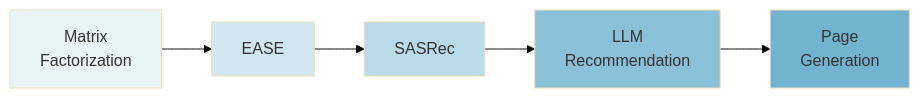
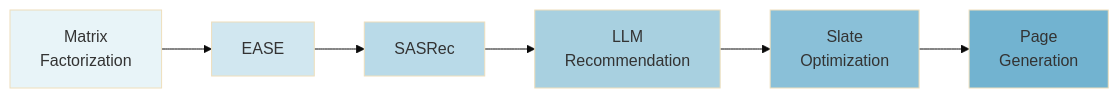
The second of 2 diagrams in slides/06_generative_pages.qmd (jankislinger/recsys-genai), drawn with Mermaid (base theme) before and after one commit. The commit also changed other lines of this file and 9 other files, not shown here.

````diff
--- a/slides/06_generative_pages.qmd
+++ b/slides/06_generative_pages.qmd
@@ -419,15 +686,17 @@
 ```{mermaid}
 %%| fig-width: 10
 %%| fig-height: 4
 graph LR
     A[Matrix<br/>Factorization] --> B[EASE]
     B --> C[SASRec]
     C --> D[LLM<br/>Recommendation]
-    D --> E[Page<br/>Generation]
-    
+    D --> E[Slate<br/>Optimization]
+    E --> F[Page<br/>Generation]
+
     style A fill:#e8f4f8
     style B fill:#d1e7f0
     style C fill:#b9dae8
-    style D fill:#8ac0d8
-    style E fill:#72b3d0
+    style D fill:#a8d0e0
+    style E fill:#8ac0d8
+    style F fill:#72b3d0
 ```
````
